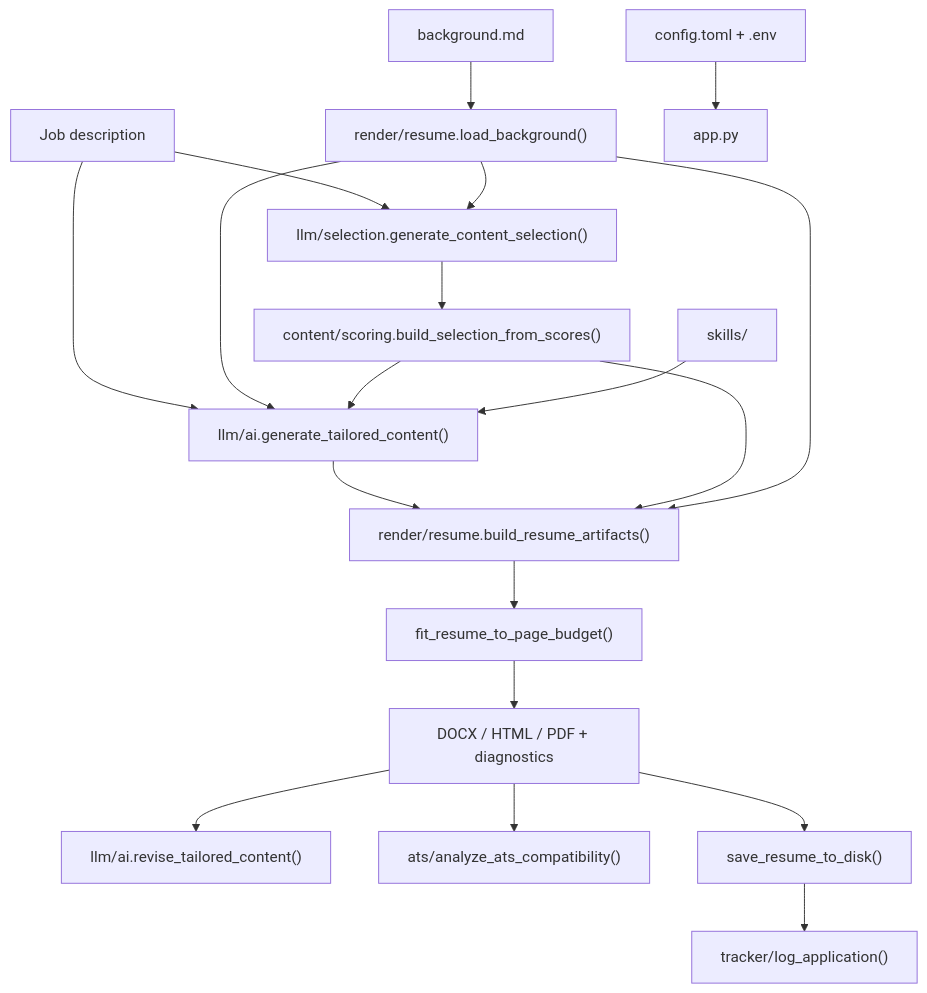
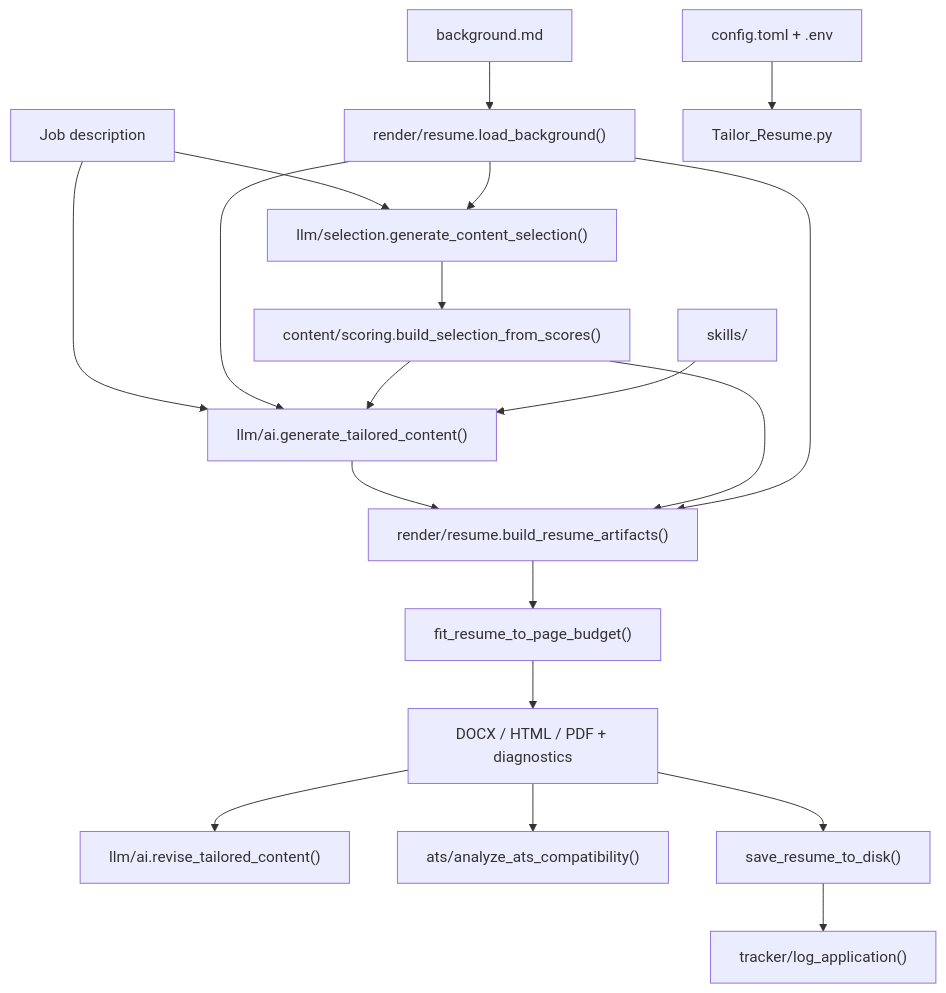
The diagram in docs/ARCHITECTURE.md (tejb96/resume-tune), drawn with Mermaid before and after one commit. The commit also changed other lines of this file and 20 other files, not shown here.

````diff
--- a/docs/ARCHITECTURE.md
+++ b/docs/ARCHITECTURE.md
@@ -7,29 +7,29 @@
 ```mermaid
 flowchart TD
     BG["background.md"]
     CFG["config.toml + .env"]
     JD["Job description"]
 
     BG --> Load["render/resume.load_background()"]
-    CFG --> App["app.py"]
+    CFG --> App["Tailor_Resume.py"]
     JD --> Sel["llm/selection.generate_content_selection()"]
     Load --> Sel
     Sel --> Score["content/scoring.build_selection_from_scores()"]
 
     JD --> AI["llm/ai.generate_tailored_content()"]
     Load --> AI
     Score --> AI
     Skills["skills/"] --> AI
 
     AI --> Art["render/resume.build_resume_artifacts()"]
     Score --> Art
     Load --> Art
 
     Art --> Fit["fit_resume_to_page_budget()"]
     Fit --> Out["DOCX / HTML / PDF + diagnostics"]
 
     Out --> Rev["llm/ai.revise_tailored_content()"]
     Out --> ATS["ats/analyze_ats_compatibility()"]
     Out --> Save["save_resume_to_disk()"]
     Save --> Trk["tracker/log_application()"]
 ```
````
